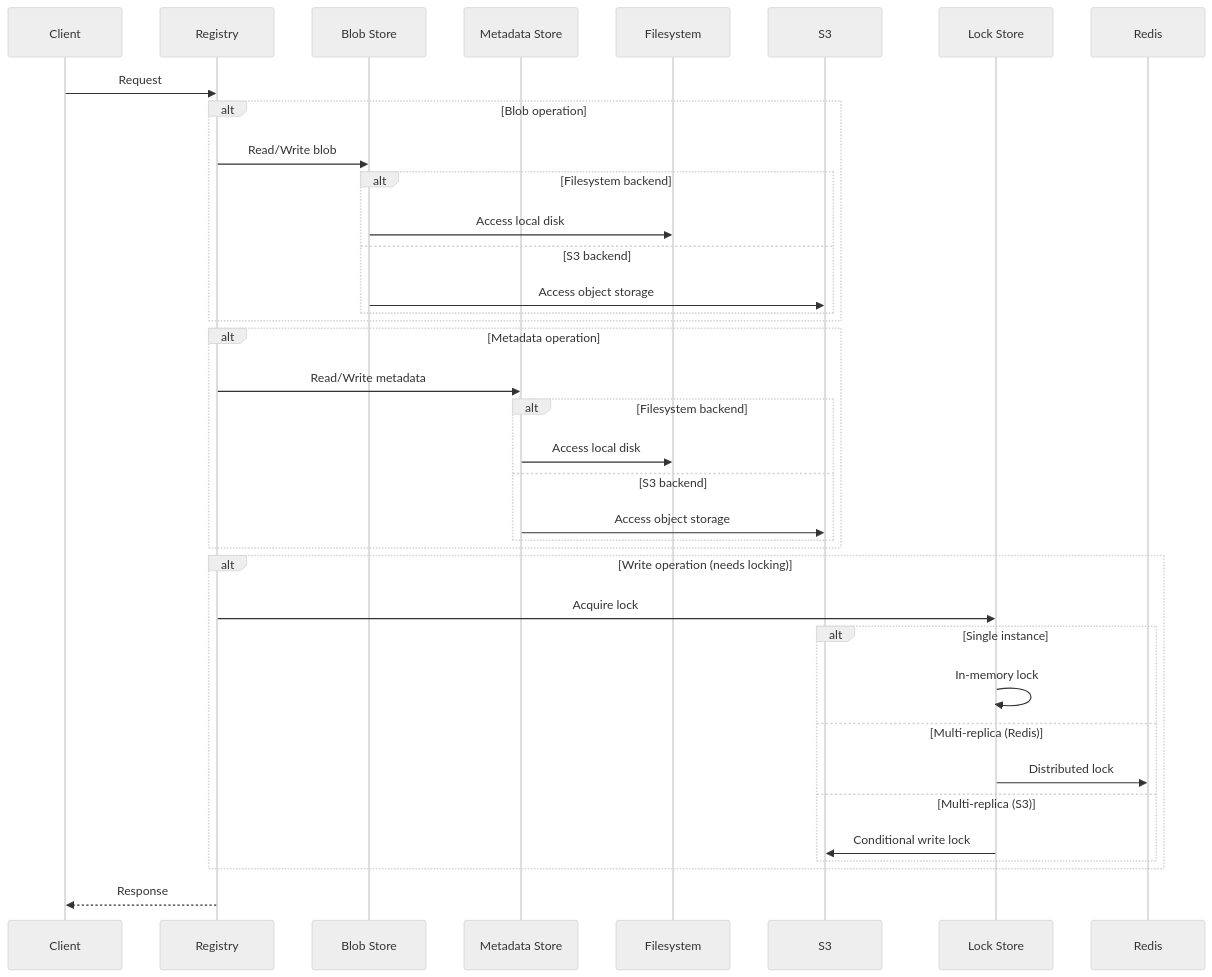
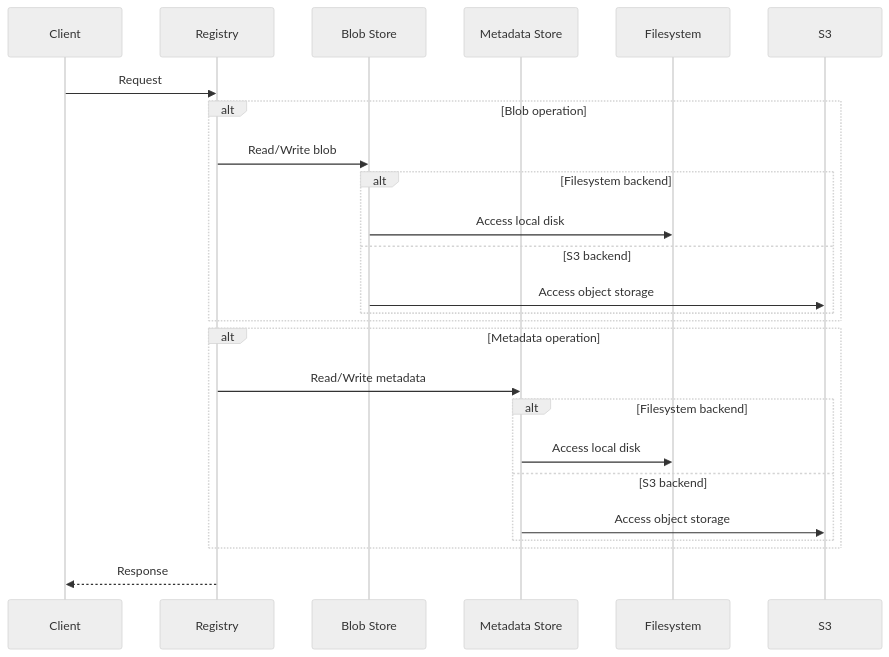
One commit to simple-registry/simple-registry changed the first of 3 diagrams in doc/explanation/storage-backends.md. Above: the diagram before and after it, drawn with Mermaid (neutral theme). The commit also changed other lines of this file and 49 other files, not shown here.

````diff
--- a/doc/explanation/storage-backends.md
+++ b/doc/explanation/storage-backends.md
@@ -14,44 +14,31 @@
 ```mermaid
 sequenceDiagram
     participant Client
     participant Registry
     participant BlobStore as Blob Store
     participant MetaStore as Metadata Store
     participant FS as Filesystem
     participant S3 as S3
-    participant Lock as Lock Store
-    participant Redis
 
     Client->>Registry: Request
 
     alt Blob operation
         Registry->>BlobStore: Read/Write blob
         alt Filesystem backend
             BlobStore->>FS: Access local disk
         else S3 backend
             BlobStore->>S3: Access object storage
         end
     end
 
     alt Metadata operation
         Registry->>MetaStore: Read/Write metadata
         alt Filesystem backend
             MetaStore->>FS: Access local disk
         else S3 backend
             MetaStore->>S3: Access object storage
         end
     end
 
-    alt Write operation (needs locking)
-        Registry->>Lock: Acquire lock
-        alt Single instance
-            Lock->>Lock: In-memory lock
-        else Multi-replica (Redis)
-            Lock->>Redis: Distributed lock
-        else Multi-replica (S3)
-            Lock->>S3: Conditional write lock
-        end
-    end
-
     Registry-->>Client: Response
 ```
````
